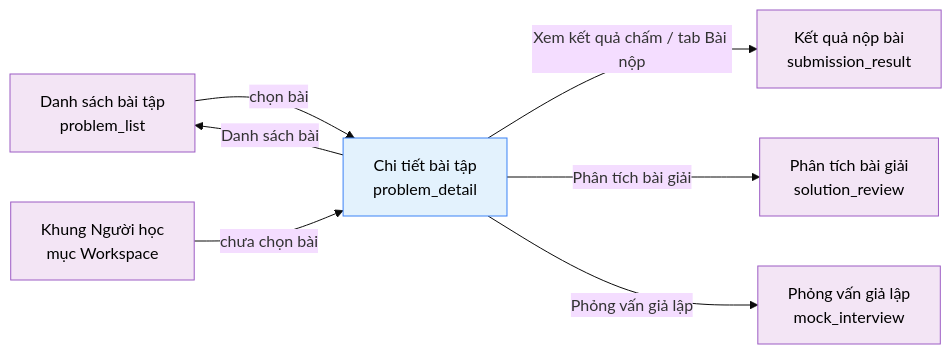
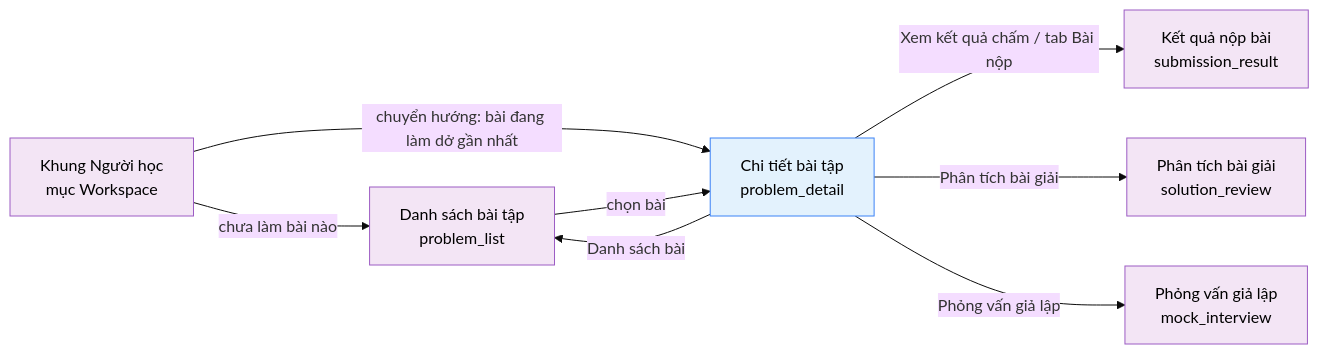
Before and after one commit to daiphu1801/PRJ_ALGOPREP: the diagram in 02-bd/screens/users/USR0102_problem_detail.md, drawn with Mermaid (base theme). The commit also changed other lines of this file and 458 other files, not shown here.

````diff
--- a/02-bd/screens/users/USR0102_problem_detail.md
+++ b/02-bd/screens/users/USR0102_problem_detail.md
@@ -192,15 +199,16 @@
 ```mermaid
 flowchart LR
     list["Danh sách bài tập<br/>problem_list"] -->|"chọn bài"| main["Chi tiết bài tập<br/>problem_detail"]
-    nav["Khung Người học<br/>mục Workspace"] -->|"chưa chọn bài"| main
+    nav["Khung Người học<br/>mục Workspace"] -->|"chuyển hướng: bài đang làm dở gần nhất"| main
+    nav -->|"chưa làm bài nào"| list
     main -->|"Danh sách bài"| list
     main -->|"Xem kết quả chấm / tab Bài nộp"| result["Kết quả nộp bài<br/>submission_result"]
     main -->|"Phân tích bài giải"| review["Phân tích bài giải<br/>solution_review"]
     main -->|"Phỏng vấn giả lập"| interview["Phỏng vấn giả lập<br/>mock_interview"]
 
     classDef source fill:#F3E5F5,stroke:#9C5CC4,color:#000
     classDef screen fill:#E3F2FD,stroke:#3B82F6,color:#000
 
     class list,nav,result,review,interview source
     class main screen
 ```
````
